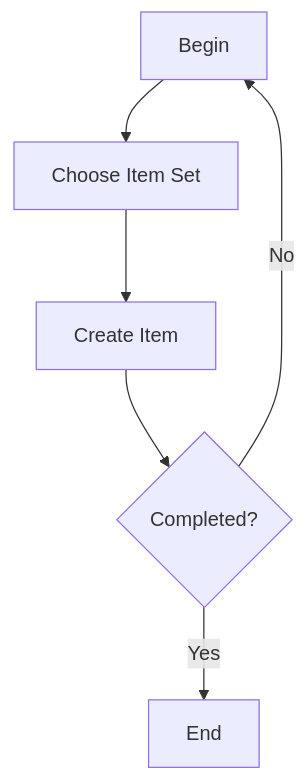
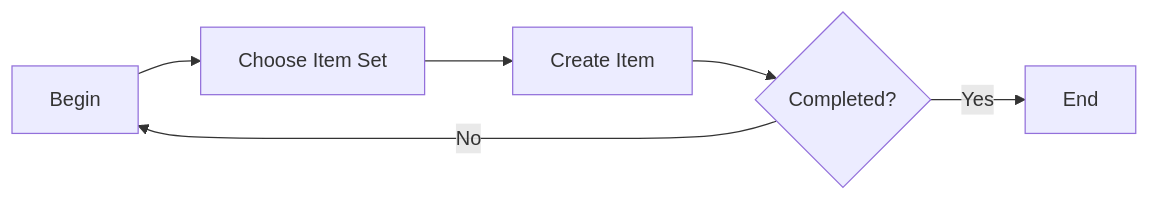
The diagram in maximo/inventory/item-master/items.md (codersyacht/maximo-knowledge-center), drawn with Mermaid before and after one commit.

Commit message:
items.md

````diff
--- a/maximo/inventory/item-master/items.md
+++ b/maximo/inventory/item-master/items.md
@@ -4,8 +4,8 @@
 ```mermaid
-graph TB
+graph LR
 A[Begin]-->B[Choose Item Set]
 B-->C[Create Item]
 C-->D{Completed?}
 D--> |No| A 
 D--> |Yes| E[End]
 ```
````
